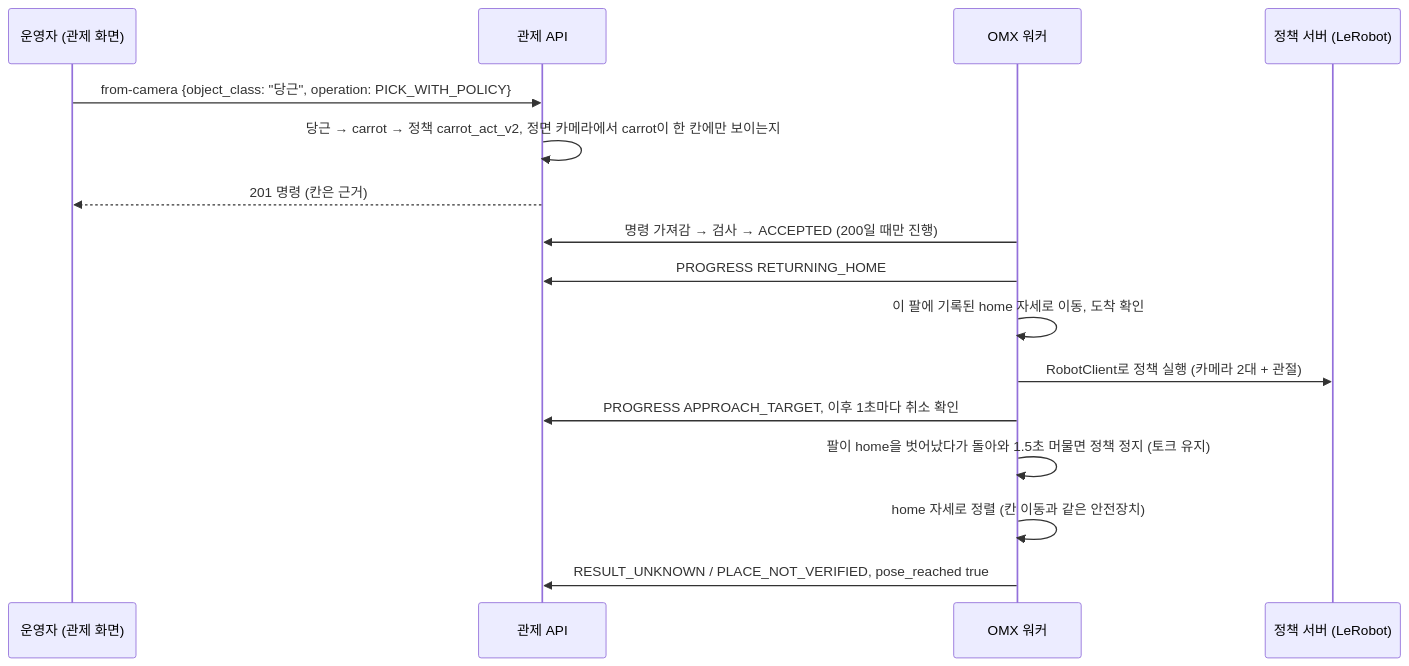
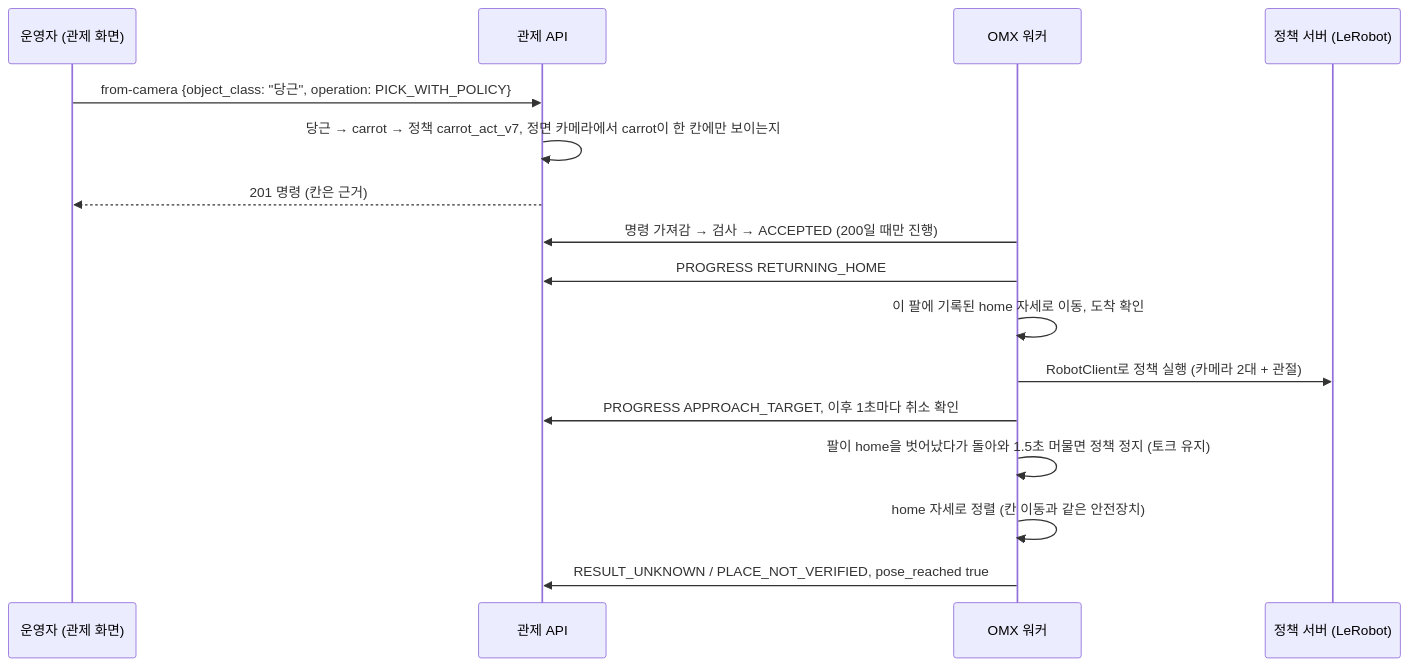
One commit to kernel-robot-8th/kernel-robot-repo-3 changed the second of 2 diagrams in docs/implementation/arm-command-api.md. Above: the diagram before and after it, drawn with Mermaid. The commit also changed other lines of this file and 33 other files, not shown here.

````diff
--- a/docs/implementation/arm-command-api.md
+++ b/docs/implementation/arm-command-api.md
@@ -220,18 +220,18 @@
 ```mermaid
 sequenceDiagram
     participant Op as 운영자 (관제 화면)
     participant API as 관제 API
     participant W as OMX 워커
     participant P as 정책 서버 (LeRobot)
     Op->>API: from-camera {object_class: "당근", operation: PICK_WITH_POLICY}
-    API->>API: 당근 → carrot → 정책 carrot_act_v2, 정면 카메라에서 carrot이 한 칸에만 보이는지
+    API->>API: 당근 → carrot → 정책 carrot_act_v7, 정면 카메라에서 carrot이 한 칸에만 보이는지
     API-->>Op: 201 명령 (칸은 근거)
     W->>API: 명령 가져감 → 검사 → ACCEPTED (200일 때만 진행)
     W->>API: PROGRESS RETURNING_HOME
     W->>W: 이 팔에 기록된 home 자세로 이동, 도착 확인
     W->>P: RobotClient로 정책 실행 (카메라 2대 + 관절)
     W->>API: PROGRESS APPROACH_TARGET, 이후 1초마다 취소 확인
     W->>W: 팔이 home을 벗어났다가 돌아와 1.5초 머물면 정책 정지 (토크 유지)
     W->>W: home 자세로 정렬 (칸 이동과 같은 안전장치)
     W->>API: RESULT_UNKNOWN / PLACE_NOT_VERIFIED, pose_reached true
 ```
````
